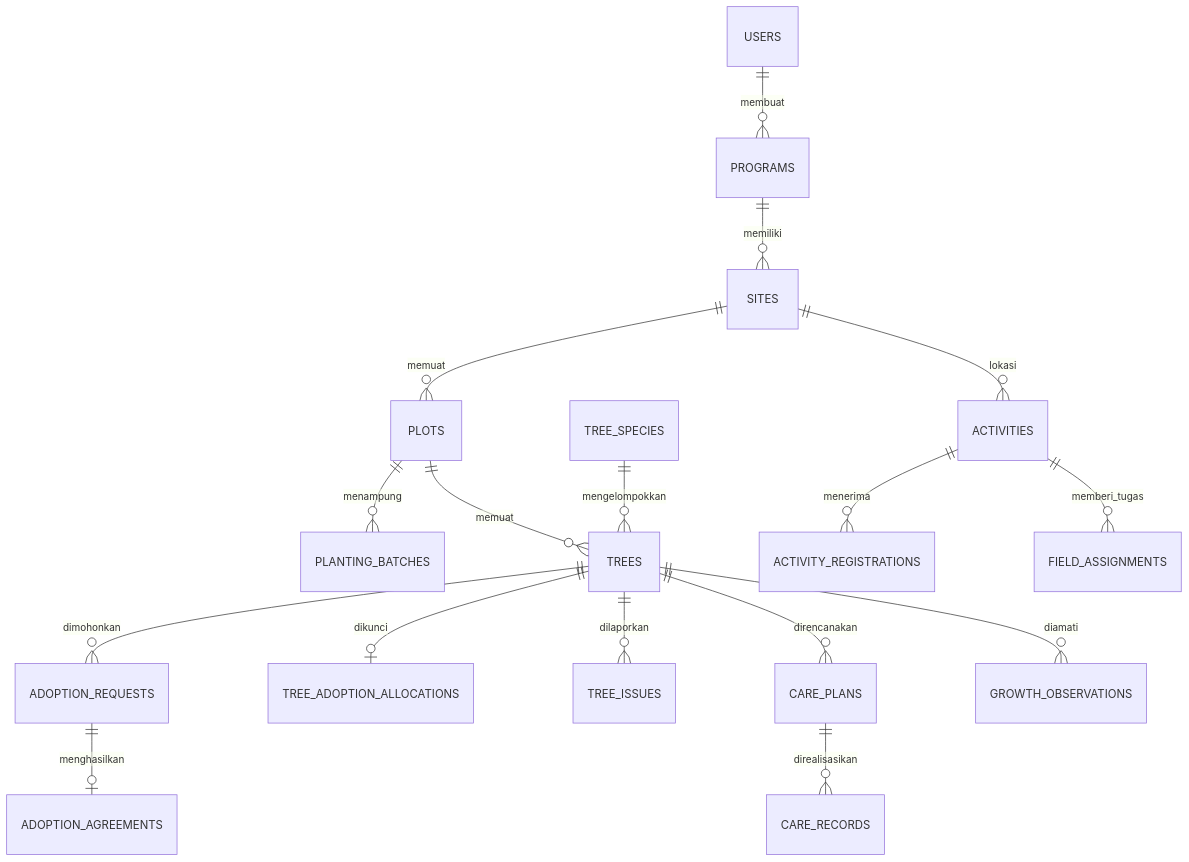
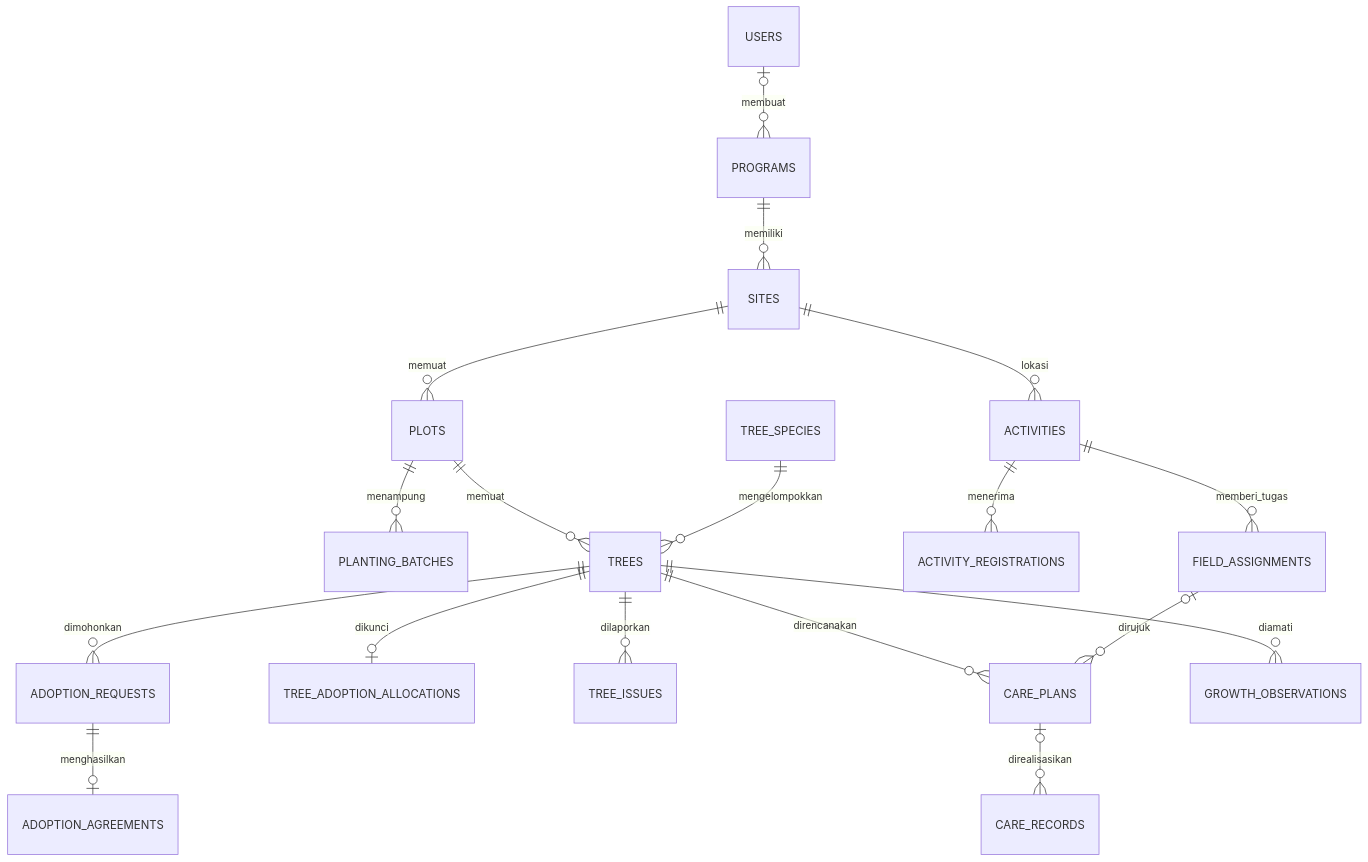
The diagram in docs/database.md (PPL-KelompokB-SI-48-ext/Hijauku-Adopsi-Pohon), drawn with Mermaid before and after one commit. The commit also changed other lines of this file and 55 other files, not shown here.

````diff
--- a/docs/database.md
+++ b/docs/database.md
@@ -38,19 +38,20 @@
 ```mermaid
 erDiagram
-    USERS ||--o{ PROGRAMS : membuat
+    USERS |o--o{ PROGRAMS : membuat
     PROGRAMS ||--o{ SITES : memiliki
     SITES ||--o{ PLOTS : memuat
     PLOTS ||--o{ PLANTING_BATCHES : menampung
     PLOTS ||--o{ TREES : memuat
     TREE_SPECIES ||--o{ TREES : mengelompokkan
     SITES ||--o{ ACTIVITIES : lokasi
     ACTIVITIES ||--o{ ACTIVITY_REGISTRATIONS : menerima
     ACTIVITIES ||--o{ FIELD_ASSIGNMENTS : memberi_tugas
     TREES ||--o{ ADOPTION_REQUESTS : dimohonkan
     ADOPTION_REQUESTS ||--o| ADOPTION_AGREEMENTS : menghasilkan
     TREES ||--o| TREE_ADOPTION_ALLOCATIONS : dikunci
     TREES ||--o{ TREE_ISSUES : dilaporkan
     TREES ||--o{ CARE_PLANS : direncanakan
-    CARE_PLANS ||--o{ CARE_RECORDS : direalisasikan
+    FIELD_ASSIGNMENTS |o--o{ CARE_PLANS : dirujuk
+    CARE_PLANS |o--o{ CARE_RECORDS : direalisasikan
     TREES ||--o{ GROWTH_OBSERVATIONS : diamati
 ```
````
